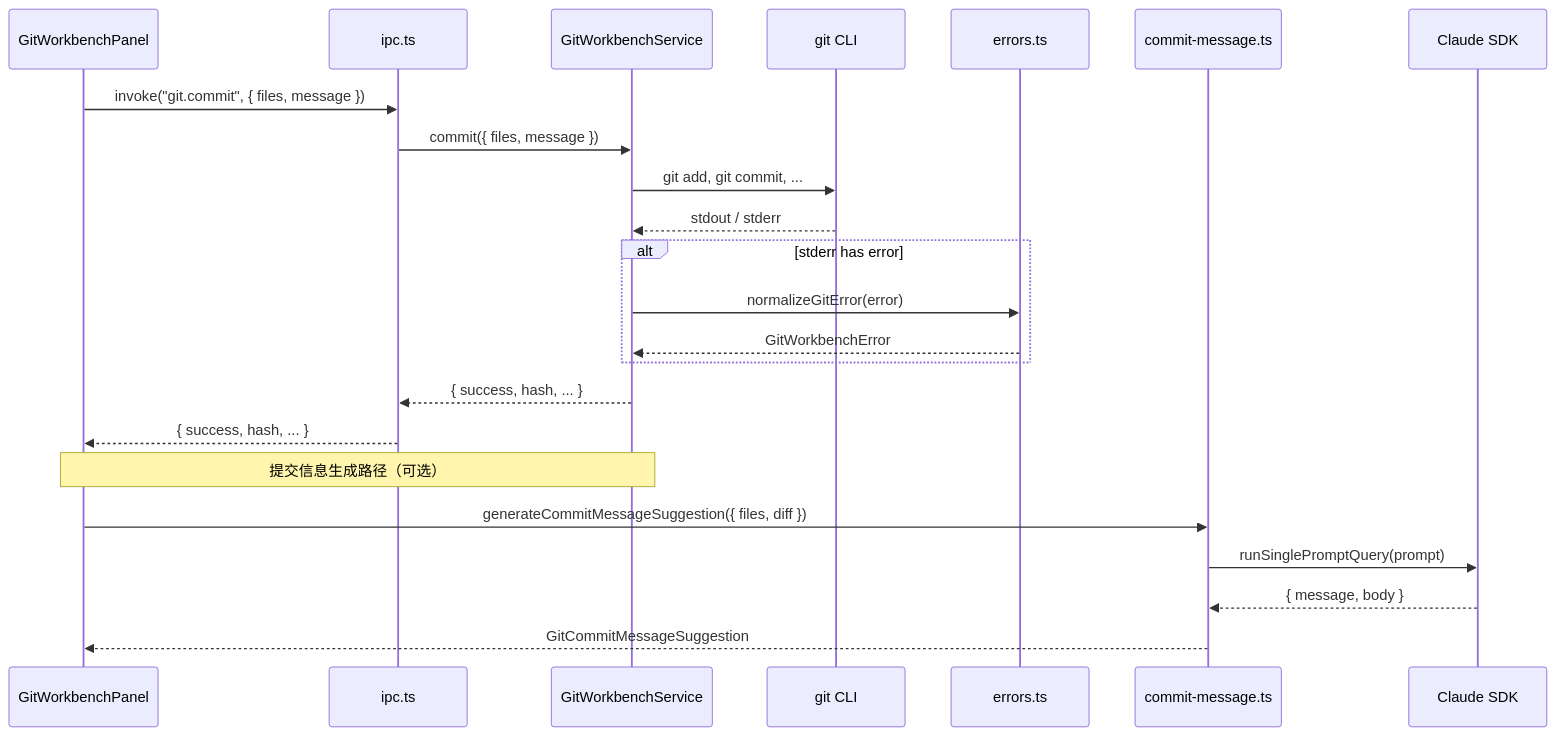
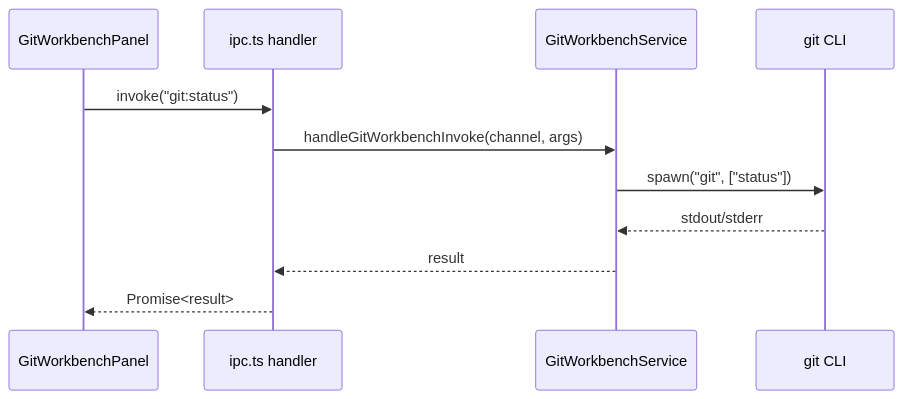
One commit to lst016/tech-cc-hub changed the second of 2 diagrams in .tech/repowiki/zh/content/核心模块规格/Git 工作台总览.md. Above: the diagram before and after it, drawn with Mermaid. The commit also changed other lines of this file and 176 other files, not shown here.

````diff
--- a/.tech/repowiki/zh/content/核心模块规格/Git 工作台总览.md
+++ b/.tech/repowiki/zh/content/核心模块规格/Git 工作台总览.md
@@ -137,27 +272,14 @@
 ```mermaid
 sequenceDiagram
     participant UI as GitWorkbenchPanel
-    participant IPC as ipc.ts
-    participant SVC as GitWorkbenchService
-    participant GIT as git CLI
-    participant ERR as errors.ts
-    participant CM as commit-message.ts
-    participant SDK as Claude SDK
+    participant IPC as ipc.ts handler
+    participant Svc as GitWorkbenchService
+    participant Git as git CLI
 
-    UI->>IPC: invoke("git.commit", { files, message })
-    IPC->>SVC: commit({ files, message })
-    SVC->>GIT: git add, git commit, ...
-    GIT-->>SVC: stdout / stderr
-    alt stderr has error
-        SVC->>ERR: normalizeGitError(error)
-        ERR-->>SVC: GitWorkbenchError
-    end
-    SVC-->>IPC: { success, hash, ... }
-    IPC-->>UI: { success, hash, ... }
-    
-    Note over UI,SVC: 提交信息生成路径（可选）
-    UI->>CM: generateCommitMessageSuggestion({ files, diff })
-    CM->>SDK: runSinglePromptQuery(prompt)
-    SDK-->>CM: { message, body }
-    CM-->>UI: GitCommitMessageSuggestion
+    UI->>IPC: invoke("git:status")
+    IPC->>Svc: handleGitWorkbenchInvoke(channel, args)
+    Svc->>Git: spawn("git", ["status"])
+    Git-->>Svc: stdout/stderr
+    Svc-->>IPC: result
+    IPC-->>UI: Promise<result>
 ```
````
